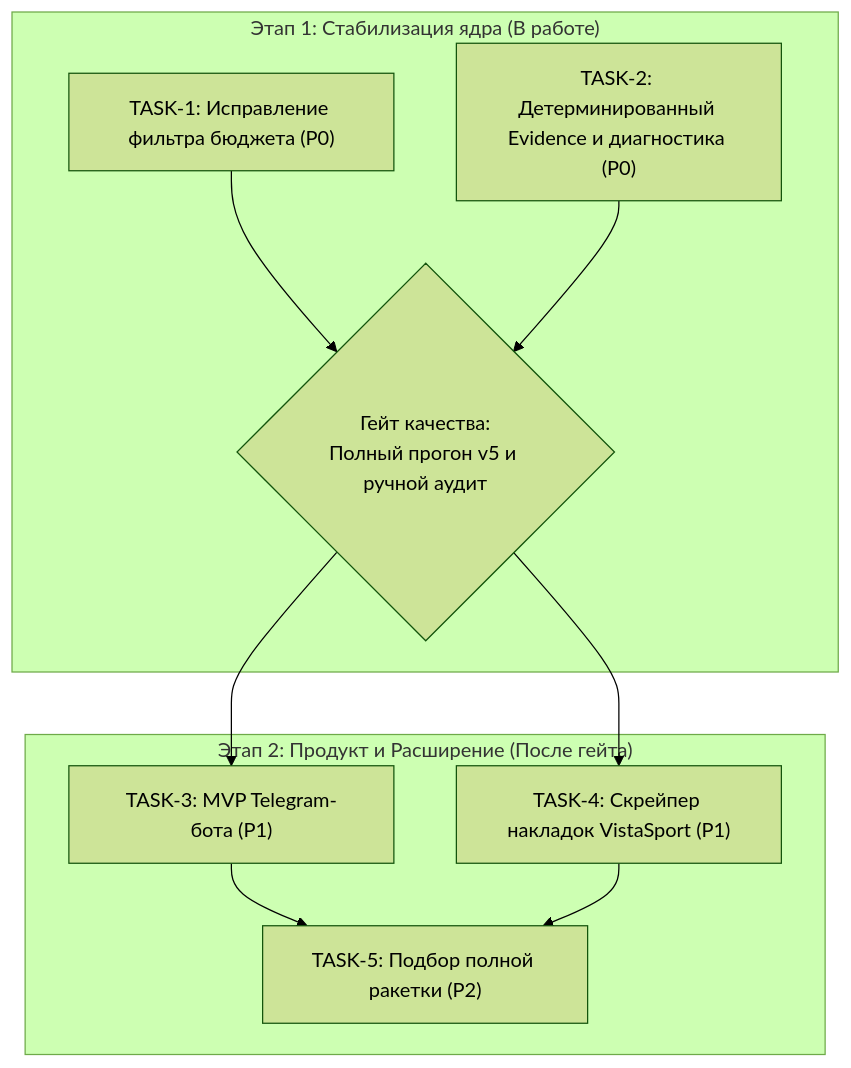
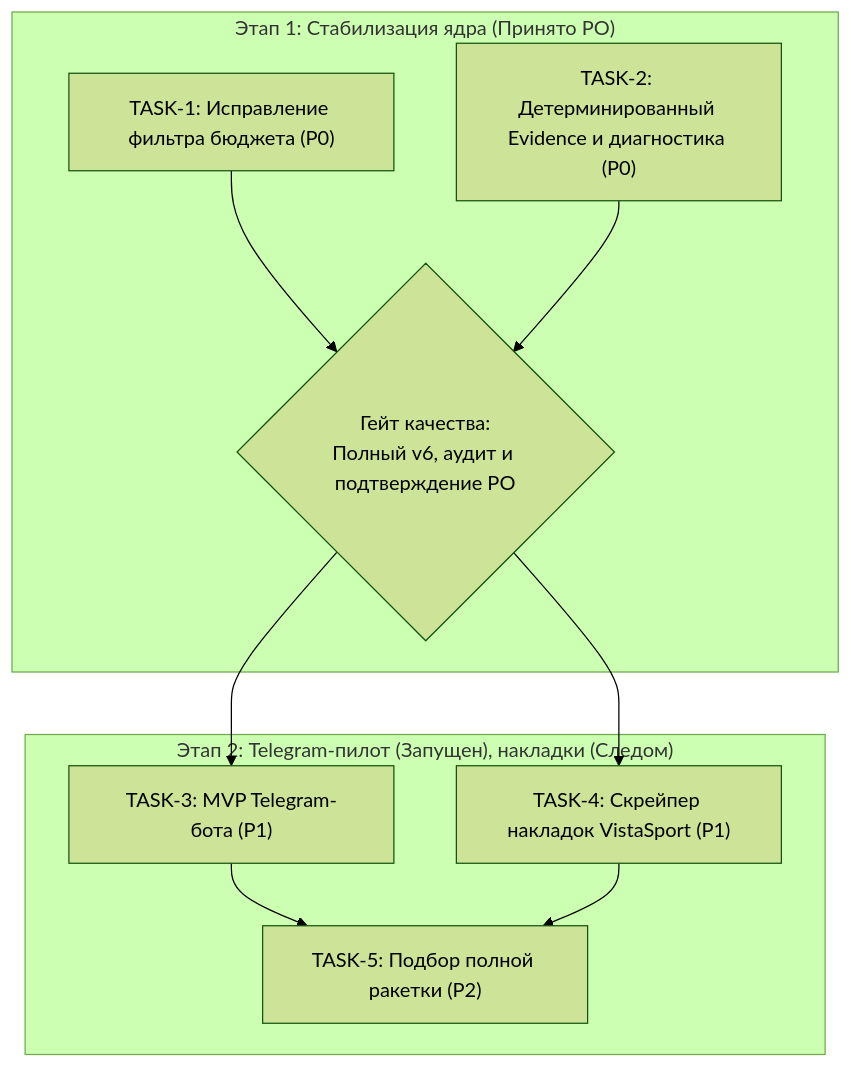
Before and after one commit to xalmgzalu/vsitemssrag: the diagram in docs/SPRINT_1_BACKLOG.md, drawn with Mermaid (forest theme). The commit also changed other lines of this file and 6 other files, not shown here.

````diff
--- a/docs/SPRINT_1_BACKLOG.md
+++ b/docs/SPRINT_1_BACKLOG.md
@@ -19,20 +19,20 @@
 ```mermaid
 flowchart TD
-    subgraph "Этап 1: Стабилизация ядра (В работе)"
+    subgraph "Этап 1: Стабилизация ядра (Принято PO)"
         T1["TASK-1: Исправление фильтра бюджета (P0)"]
         T2["TASK-2: Детерминированный Evidence и диагностика (P0)"]
-        Gate{"Гейт качества:\nПолный прогон v5 и ручной аудит"}
+        Gate{"Гейт качества:\nПолный v6, аудит и подтверждение PO"}
         T1 --> Gate
         T2 --> Gate
     end
 
-    subgraph "Этап 2: Продукт и Расширение (После гейта)"
+    subgraph "Этап 2: Telegram-пилот (Запущен), накладки (Следом)"
         T3["TASK-3: MVP Telegram-бота (P1)"]
         T4["TASK-4: Скрейпер накладок VistaSport (P1)"]
         T5["TASK-5: Подбор полной ракетки (P2)"]
         Gate --> T3
         Gate --> T4
         T3 --> T5
         T4 --> T5
     end
 ```
````
